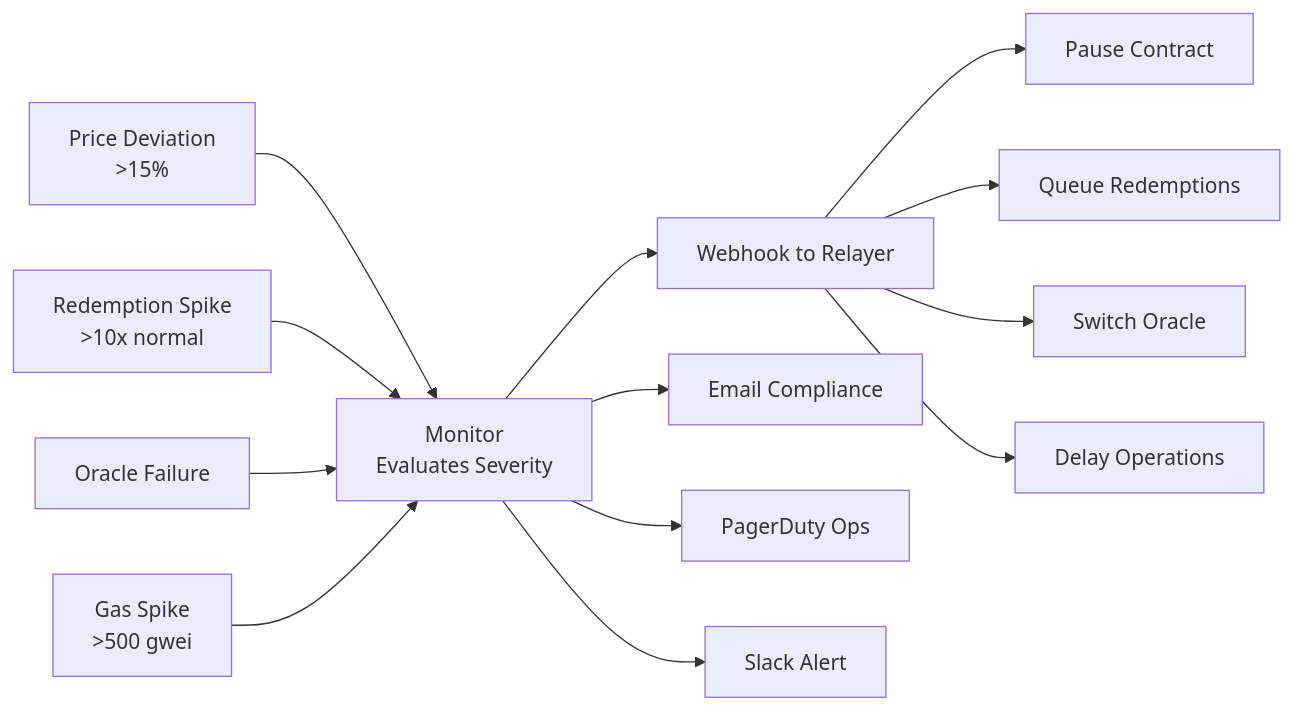
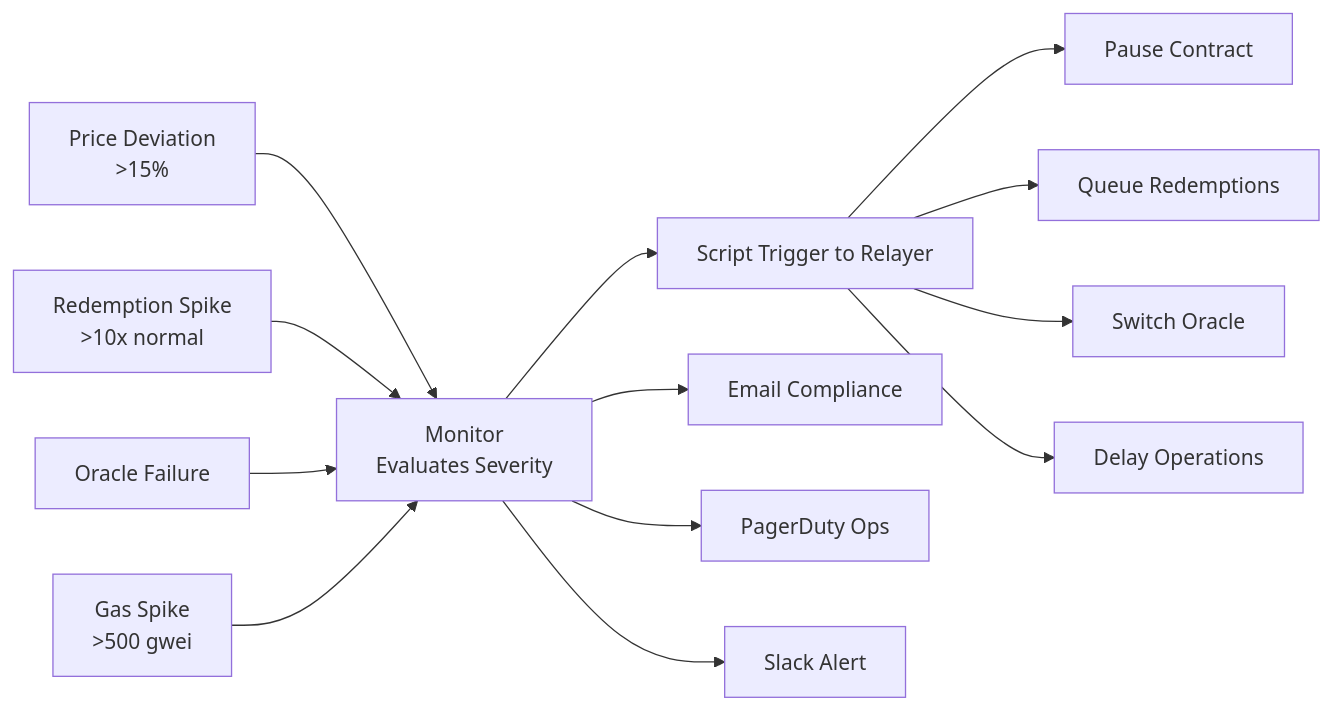
One commit to nopslip/oz-work-trial changed the third of 3 diagrams in deliverables/2/exercise-2-architecture-mermaid.md. Above: the diagram before and after it, drawn with Mermaid. The commit also changed other lines of this file and 6 other files, not shown here.

````diff
--- a/deliverables/2/exercise-2-architecture-mermaid.md
+++ b/deliverables/2/exercise-2-architecture-mermaid.md
@@ -71,34 +71,34 @@
 ```mermaid
 flowchart LR
     M1[Price Deviation<br/>>15%]
     M2[Redemption Spike<br/>>10x normal]
     M3[Oracle Failure]
     M4[Gas Spike<br/>>500 gwei]
     
     MON[Monitor<br/>Evaluates Severity]
     
     R1[Pause Contract]
     R2[Queue Redemptions]
     R3[Switch Oracle]
     R4[Delay Operations]
     
-    N1[Webhook to Relayer]
+    N1[Script Trigger to Relayer]
     N2[Email Compliance]
     N3[PagerDuty Ops]
     N4[Slack Alert]
     
     M1 --> MON
     M2 --> MON
     M3 --> MON
     M4 --> MON
     
     MON --> N1
     MON --> N2
     MON --> N3
     MON --> N4
     
     N1 --> R1
     N1 --> R2
     N1 --> R3
     N1 --> R4
 ```
````
